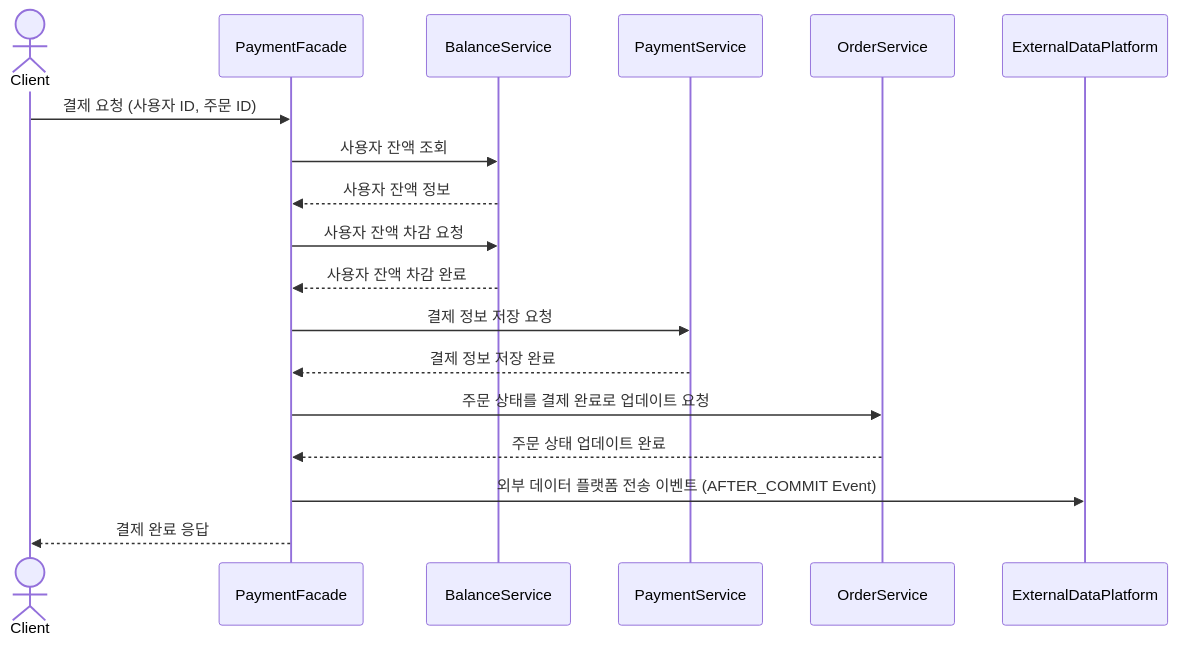
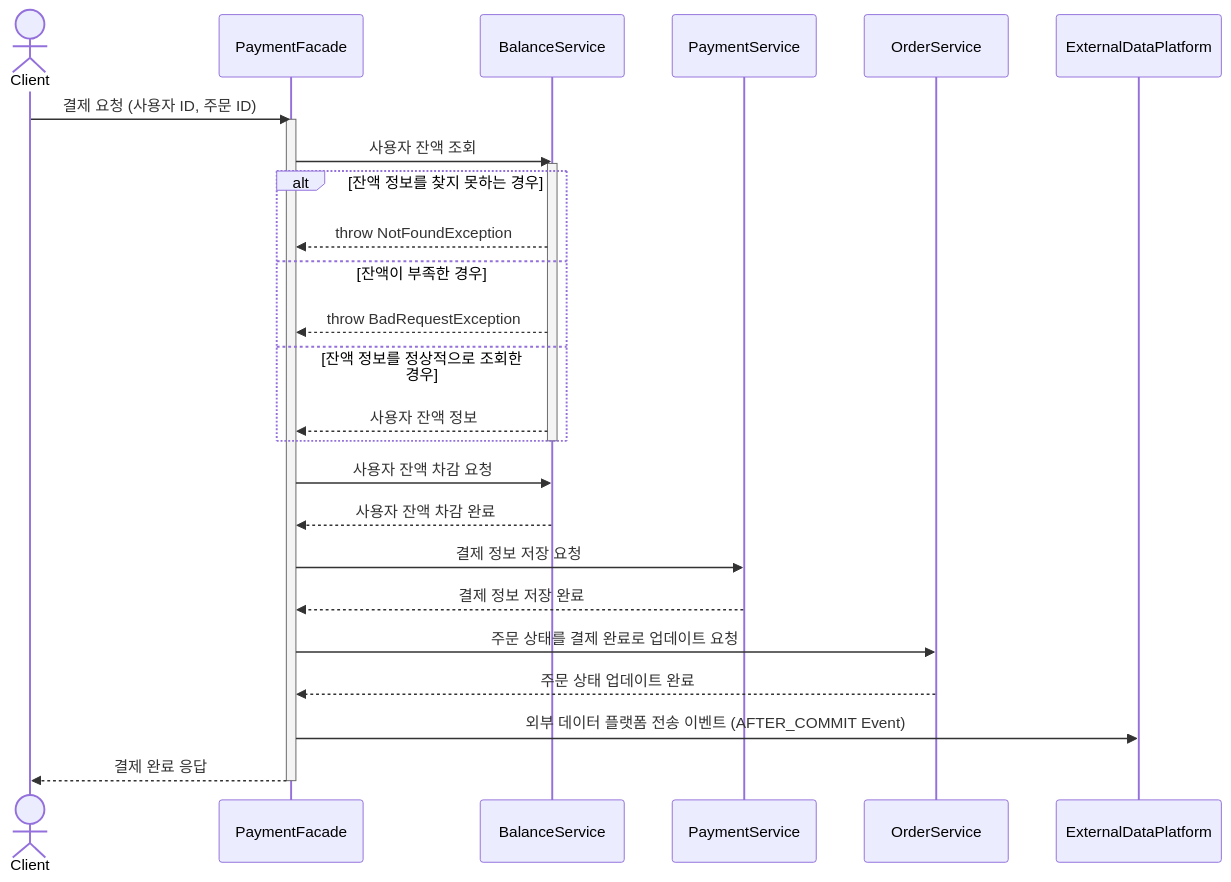
The sixth of 10 diagrams in docs/SEQUENCE_DIAGRAM.md (lgm1007/hhplus_ecommerce), drawn with Mermaid before and after one commit. The commit also changed other lines of this file and 1 other file, not shown here.

Commit message:
docs: 시퀀스 다이어그램, 플로우 차트 내용 수정

````diff
--- a/docs/SEQUENCE_DIAGRAM.md
+++ b/docs/SEQUENCE_DIAGRAM.md
@@ -110,21 +138,31 @@
 ```mermaid
 sequenceDiagram
     actor Client
     participant PaymentFacade
     participant BalanceService
     participant PaymentService
     participant OrderService
     participant ExternalDataPlatform
 
     Client ->> PaymentFacade: 결제 요청 (사용자 ID, 주문 ID)
+    activate PaymentFacade
     PaymentFacade ->> BalanceService: 사용자 잔액 조회
-    BalanceService -->> PaymentFacade: 사용자 잔액 정보
+    activate BalanceService
+    alt 잔액 정보를 찾지 못하는 경우
+        BalanceService -->> PaymentFacade: throw NotFoundException
+    else 잔액이 부족한 경우
+        BalanceService -->> PaymentFacade: throw BadRequestException
+    else 잔액 정보를 정상적으로 조회한 경우
+        BalanceService -->> PaymentFacade: 사용자 잔액 정보
+    end
+    deactivate BalanceService
     PaymentFacade ->> BalanceService: 사용자 잔액 차감 요청
     BalanceService -->> PaymentFacade: 사용자 잔액 차감 완료
     PaymentFacade ->> PaymentService: 결제 정보 저장 요청
     PaymentService -->> PaymentFacade: 결제 정보 저장 완료
     PaymentFacade ->> OrderService: 주문 상태를 결제 완료로 업데이트 요청
     OrderService -->> PaymentFacade: 주문 상태 업데이트 완료
     PaymentFacade ->> ExternalDataPlatform: 외부 데이터 플랫폼 전송 이벤트 (AFTER_COMMIT Event)
     PaymentFacade -->> Client: 결제 완료 응답
+    deactivate PaymentFacade
 ```
````
